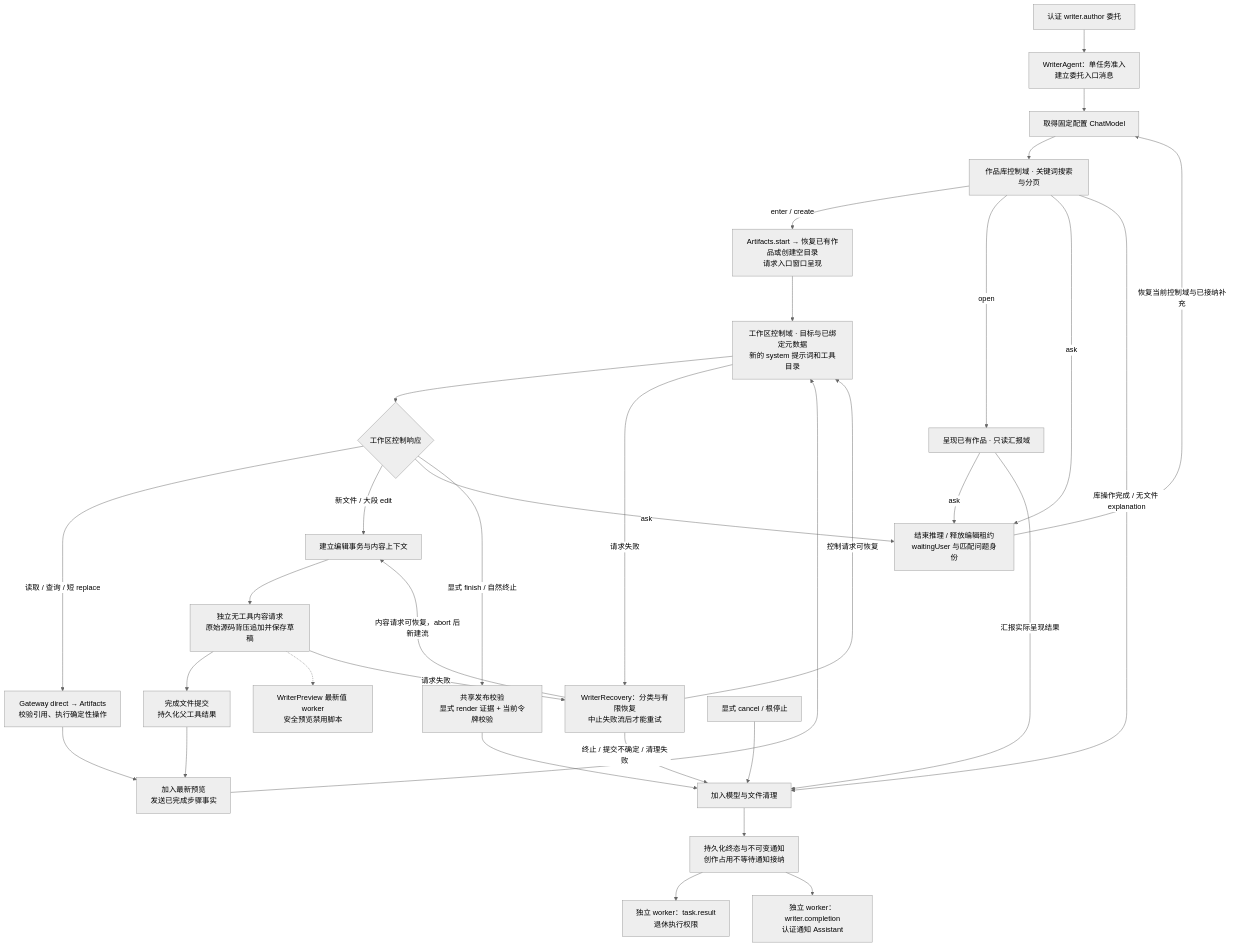
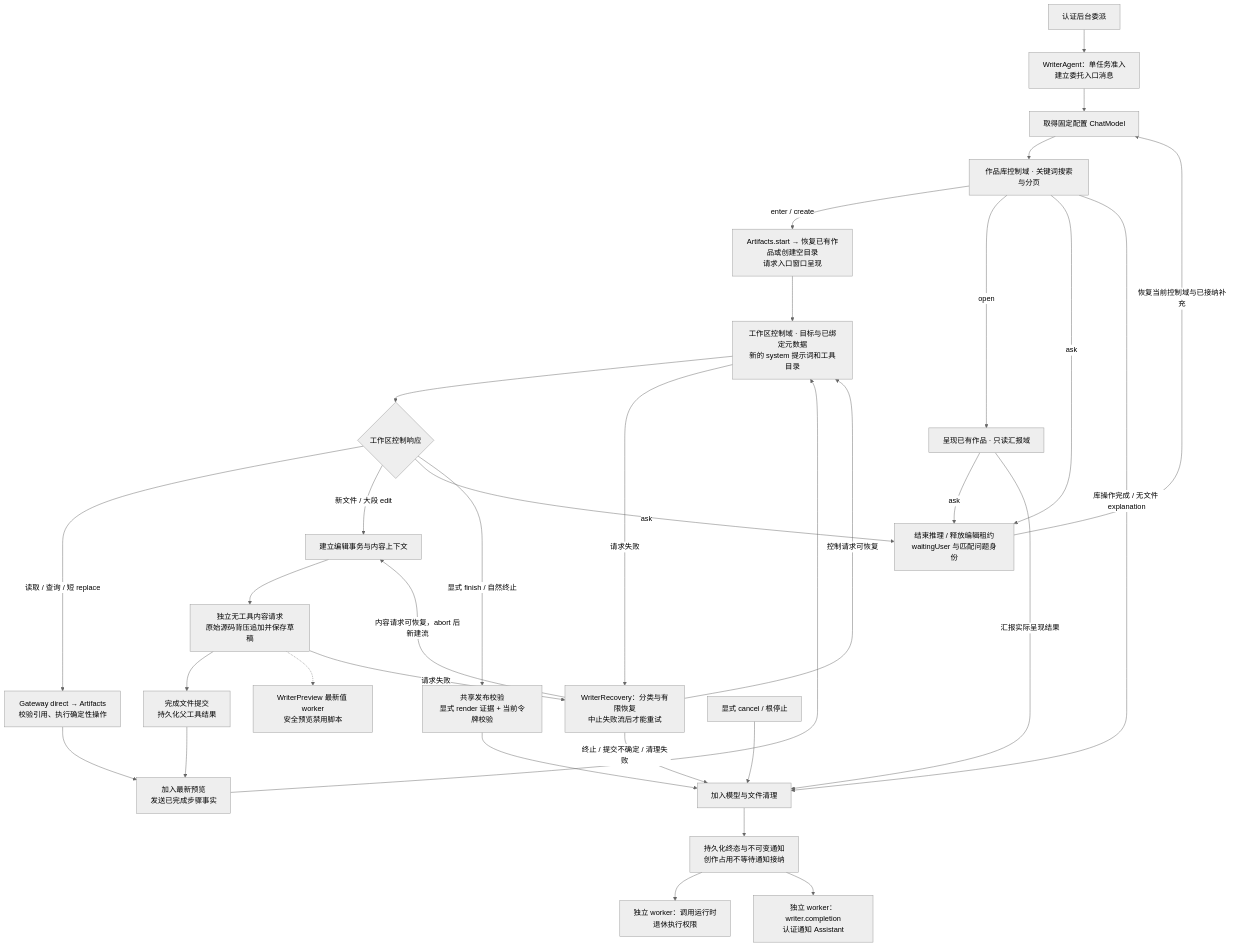
One commit to devilyouwei/MobileHarness changed the diagram in MobileHarness/Agents/Writer/README.md. Above: the diagram before and after it, drawn with Mermaid (neutral theme). The commit also changed other lines of this file and 188 other files, not shown here.

````diff
--- a/MobileHarness/Agents/Writer/README.md
+++ b/MobileHarness/Agents/Writer/README.md
@@ -19,35 +19,35 @@
 ```mermaid
 flowchart TD
-    Request["认证 writer.author 委托"] --> Admission["WriterAgent：单任务准入<br/>建立委托入口消息"]
+    Request["认证后台委派"] --> Admission["WriterAgent：单任务准入<br/>建立委托入口消息"]
     Admission --> Model["取得固定配置 ChatModel"]
     Model --> Library["作品库控制域 · 关键词搜索与分页"]
     Library -->|"enter / create"| Prepare["Artifacts.start → 恢复已有作品或创建空目录<br/>请求入口窗口呈现"]
     Library -->|"open"| View["呈现已有作品 · 只读汇报域"]
     Prepare --> Control["工作区控制域 · 目标与已绑定元数据<br/>新的 system 提示词和工具目录"]
     Control --> Route{"工作区控制响应"}
     Route -->|"读取 / 查询 / 短 replace"| Tools["Gateway direct → Artifacts<br/>校验引用、执行确定性操作"]
     Route -->|"新文件 / 大段 edit"| Begin["建立编辑事务与内容上下文"]
     Begin --> Content["独立无工具内容请求<br/>原始源码背压追加并保存草稿"]
     Content --> Commit["完成文件提交<br/>持久化父工具结果"]
     Content -.-> Preview["WriterPreview 最新值 worker<br/>安全预览禁用脚本"]
     Commit --> Step["加入最新预览<br/>发送已完成步骤事实"]
     Tools --> Step
     Step --> Control
     Library -->|"ask"| Wait
     View -->|"ask"| Wait
     Route -->|"ask"| Wait["结束推理 / 释放编辑租约<br/>waitingUser 与匹配问题身份"]
     Wait -->|"恢复当前控制域与已接纳补充"| Model
     Route -->|"显式 finish / 自然终止"| Publish["共享发布校验<br/>显式 render 证据 + 当前令牌校验"]
     Publish --> Cleanup["加入模型与文件清理"]
     Library -->|"库操作完成 / 无文件 explanation"| Cleanup
     View -->|"汇报实际呈现结果"| Cleanup
     Control -->|"请求失败"| Recovery["WriterRecovery：分类与有限恢复<br/>中止失败流后才能重试"]
     Content -->|"请求失败"| Recovery
     Recovery -->|"控制请求可恢复"| Control
     Recovery -->|"内容请求可恢复，abort 后新建流"| Begin
     Recovery -->|"终止 / 提交不确定 / 清理失败"| Cleanup
     Cancel["显式 cancel / 根停止"] --> Cleanup
     Cleanup --> Terminal["持久化终态与不可变通知<br/>创作占用不等待通知接纳"]
-    Terminal --> Retirement["独立 worker：task.result<br/>退休执行权限"]
+    Terminal --> Retirement["独立 worker：调用运行时<br/>退休执行权限"]
     Terminal --> Notification["独立 worker：writer.completion<br/>认证通知 Assistant"]
 ```
````
